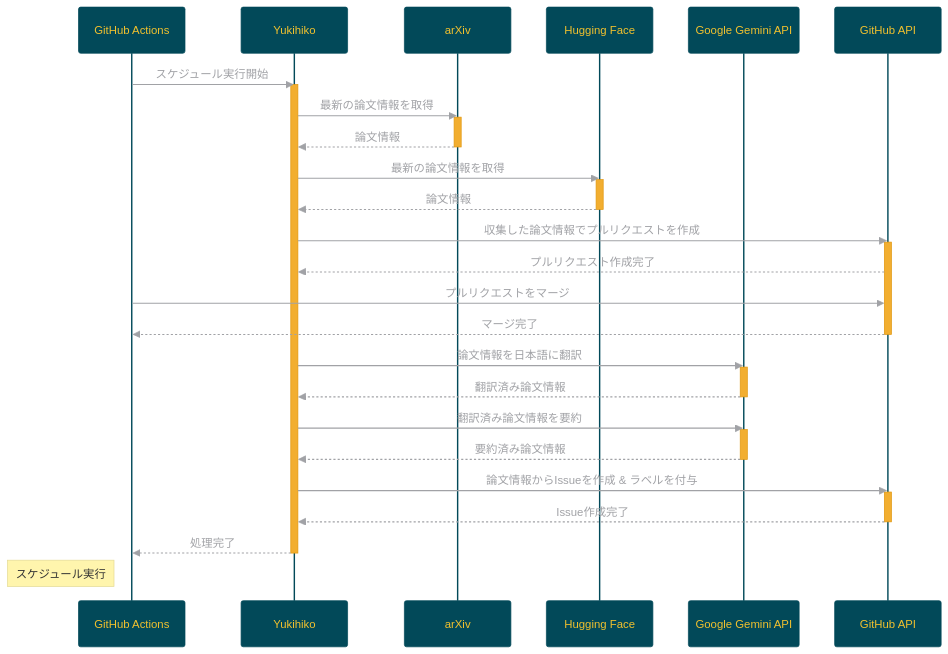
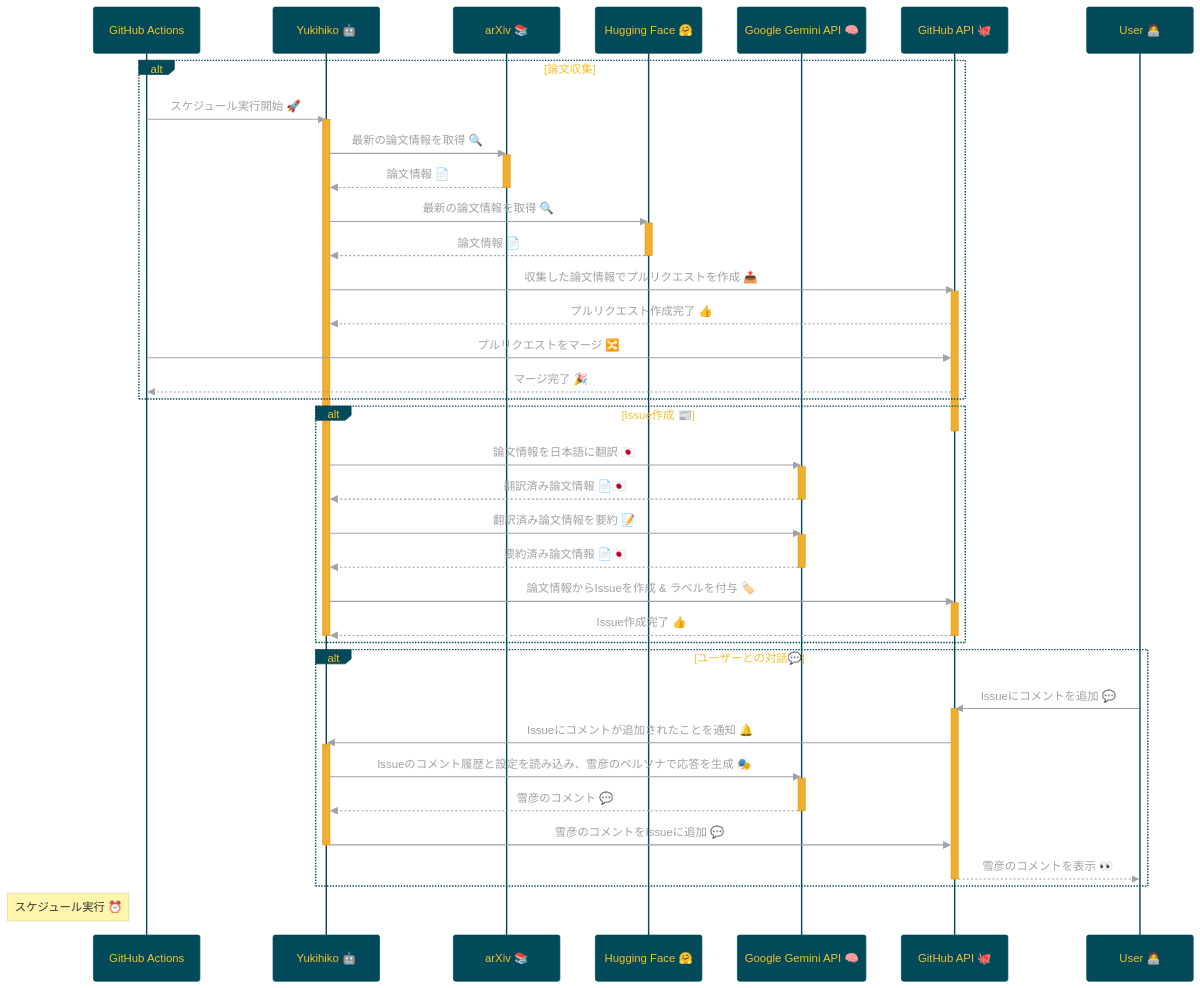
One commit to Sunwood-ai-labs/Yukihiko changed the diagram in README.md. Above: the diagram before and after it, drawn with Mermaid. The commit also changed other lines of this file, not shown here.

Commit message:
✨ [feat] AI研究員「雪彦」との対話機能について説明を追加
- README.mdに、AI研究員「雪彦」との対話機能について詳細を追加しました。
- ユーザーはIssueにコメントすることで「雪彦」と対話できるようになりました。
- 「雪彦」は、これまでのコメントの流れを踏まえて、LLMを用いて返信します。

この変更により、ユーザーはIssue上で「雪彦」と対話的に情報収集や議論を行うことができるようになります。

````diff
--- a/README.md
+++ b/README.md
@@ -97,55 +96,76 @@
 ```mermaid
+
 %%{init: {
   'theme': 'base',
   'themeVariables': {
     'primaryColor': '#024959',
     'primaryTextColor': '#F2C12E',
     'primaryBorderColor': '#024959',
     'lineColor': '#A1A2A6',
     'secondaryColor': '#F2AE30',
     'tertiaryColor': '#593E25',
     'textColor': '#A1A2A6',
     'fontSize': '20px'
   }
 } }%%
 sequenceDiagram
     participant GitHub Actions
-    participant Yukihiko
-    participant arXiv
-    participant Hugging Face
-    participant Google Gemini API
-    participant GitHub API
+    participant Yukihiko 🤖
+    participant arXiv 📚
+    participant Hugging Face 🤗
+    participant Google Gemini API 🧠
+    participant GitHub API 🐙
+    participant User 🧑‍💻
 
-    GitHub Actions->>Yukihiko: スケジュール実行開始
-    activate Yukihiko
-    Yukihiko->>arXiv: 最新の論文情報を取得
-    activate arXiv
-    arXiv-->>Yukihiko: 論文情報
-    deactivate arXiv
-    Yukihiko->>Hugging Face: 最新の論文情報を取得
-    activate Hugging Face
-    Hugging Face-->>Yukihiko: 論文情報
-    deactivate Hugging Face
-    Yukihiko->>GitHub API: 収集した論文情報でプルリクエストを作成
-    activate GitHub API
-    GitHub API-->>Yukihiko: プルリクエスト作成完了
-    GitHub Actions->>GitHub API: プルリクエストをマージ
-    GitHub API-->>GitHub Actions: マージ完了
-    deactivate GitHub API
-    Yukihiko->>Google Gemini API: 論文情報を日本語に翻訳
-    activate Google Gemini API
-    Google Gemini API-->>Yukihiko: 翻訳済み論文情報
-    deactivate Google Gemini API
-    Yukihiko->>Google Gemini API: 翻訳済み論文情報を要約
-    activate Google Gemini API
-    Google Gemini API-->>Yukihiko: 要約済み論文情報
-    deactivate Google Gemini API
-    Yukihiko->>GitHub API:  論文情報からIssueを作成 & ラベルを付与
-    activate GitHub API
-    GitHub API-->>Yukihiko: Issue作成完了
-    deactivate GitHub API
-    Yukihiko-->>GitHub Actions: 処理完了
-    deactivate Yukihiko
+    alt 論文収集
+    GitHub Actions->>Yukihiko 🤖: スケジュール実行開始 🚀
+    activate Yukihiko 🤖
+    Yukihiko 🤖->>arXiv 📚: 最新の論文情報を取得 🔍
+    activate arXiv 📚
+    arXiv 📚-->>Yukihiko 🤖: 論文情報 📄
+    deactivate arXiv 📚
+    Yukihiko 🤖->>Hugging Face 🤗: 最新の論文情報を取得 🔍
+    activate Hugging Face 🤗
+    Hugging Face 🤗-->>Yukihiko 🤖: 論文情報 📄
+    deactivate Hugging Face 🤗
+    Yukihiko 🤖->>GitHub API 🐙: 収集した論文情報でプルリクエストを作成 📤
+    activate GitHub API 🐙
+    GitHub API 🐙-->>Yukihiko 🤖: プルリクエスト作成完了 👍
+    GitHub Actions->>GitHub API 🐙: プルリクエストをマージ 🔀
+    GitHub API 🐙-->>GitHub Actions: マージ完了 🎉
+    end
 
-    Note left of GitHub Actions: スケジュール実行
+    alt Issue作成 📰
+    deactivate GitHub API 🐙
+    Yukihiko 🤖->>Google Gemini API 🧠: 論文情報を日本語に翻訳 🇯🇵
+    activate Google Gemini API 🧠
+    Google Gemini API 🧠-->>Yukihiko 🤖: 翻訳済み論文情報 📄🇯🇵
+    deactivate Google Gemini API 🧠
+    Yukihiko 🤖->>Google Gemini API 🧠: 翻訳済み論文情報を要約 📝
+    activate Google Gemini API 🧠
+    Google Gemini API 🧠-->>Yukihiko 🤖: 要約済み論文情報 📄🇯🇵
+    deactivate Google Gemini API 🧠
+    Yukihiko 🤖->>GitHub API 🐙:  論文情報からIssueを作成 & ラベルを付与 🏷️
+    activate GitHub API 🐙
+    GitHub API 🐙-->>Yukihiko 🤖: Issue作成完了 👍
+    deactivate GitHub API 🐙
+    deactivate Yukihiko 🤖
+    end
+
+    alt ユーザーとの対話💬
+    User 🧑‍💻->>GitHub API 🐙: Issueにコメントを追加 💬
+    activate GitHub API 🐙
+    GitHub API 🐙->>Yukihiko 🤖: Issueにコメントが追加されたことを通知 🔔
+    activate Yukihiko 🤖
+    Yukihiko 🤖->>Google Gemini API 🧠: Issueのコメント履歴と設定を読み込み、雪彦のペルソナで応答を生成 🎭
+    activate Google Gemini API 🧠
+    Google Gemini API 🧠-->>Yukihiko 🤖: 雪彦のコメント 💬
+    deactivate Google Gemini API 🧠
+    Yukihiko 🤖->>GitHub API 🐙:  雪彦のコメントをIssueに追加 💬
+    deactivate Yukihiko 🤖
+    GitHub API 🐙-->>User 🧑‍💻: 雪彦のコメントを表示 👀
+    deactivate GitHub API 🐙
+    end
+
+    Note left of GitHub Actions: スケジュール実行 ⏰
 ```
````
